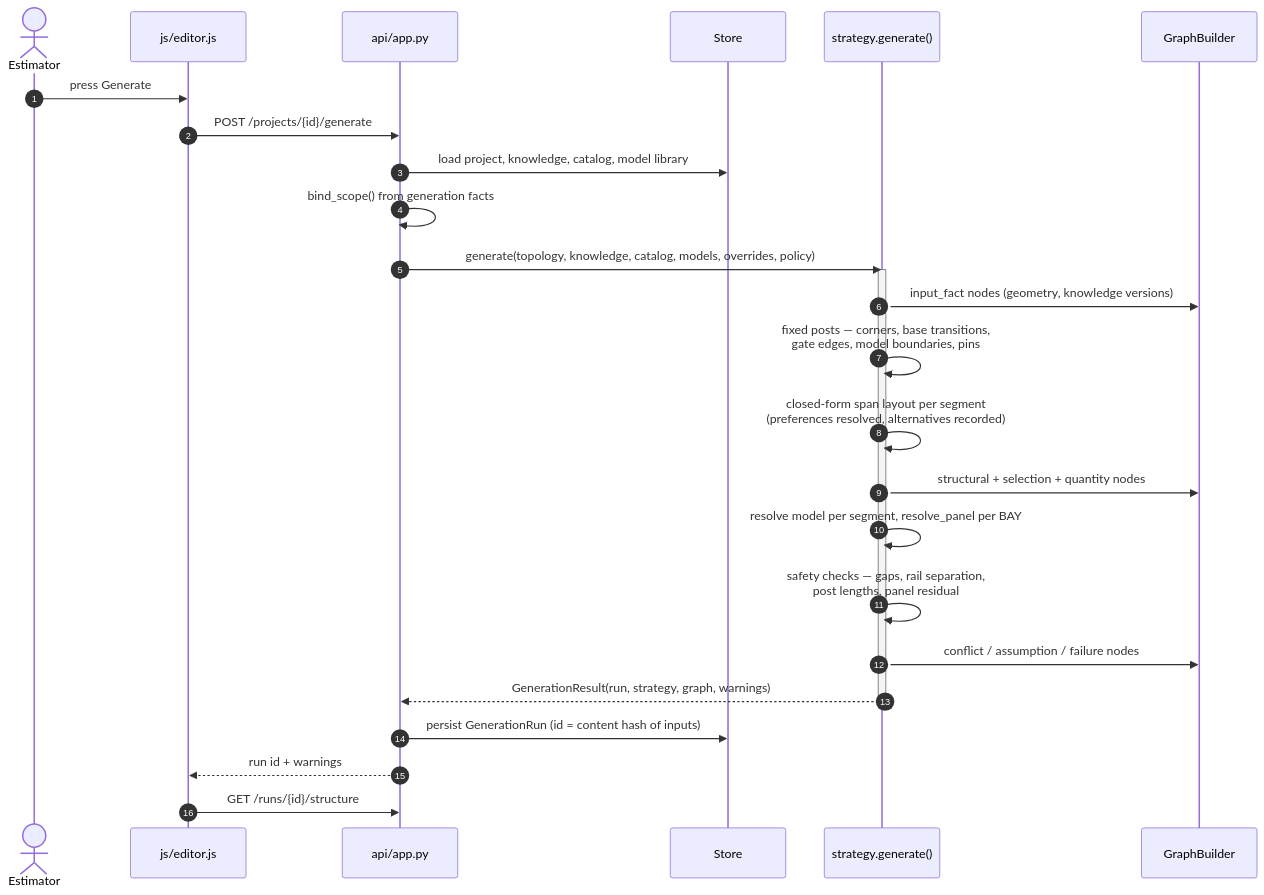
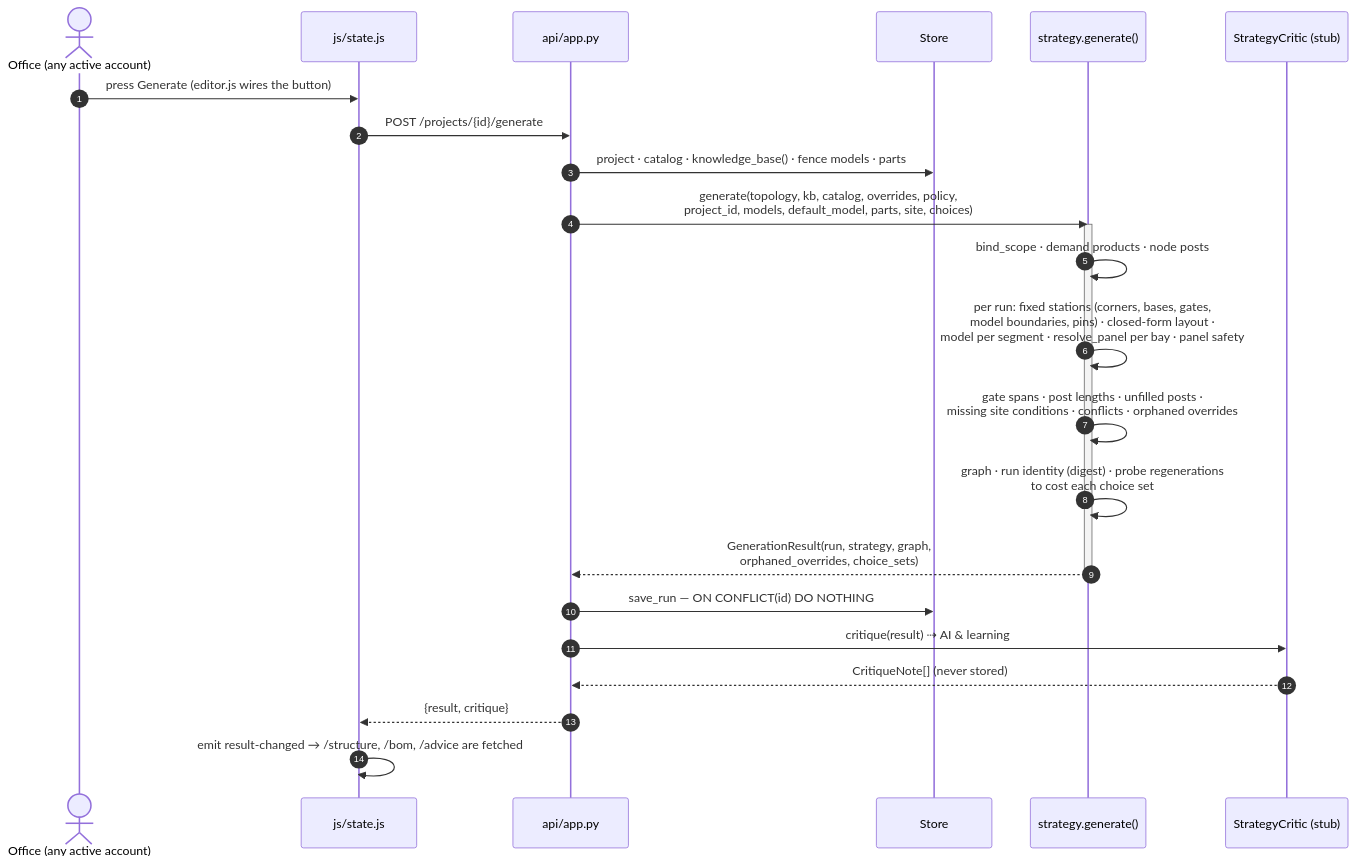
The first of 10 diagrams in docs/architecture/03-flows.md (spicysauce1955-stack/BOM), drawn with Mermaid before and after one commit. The commit also changed other lines of this file and 14 other files, not shown here.

````diff
--- a/docs/architecture/03-flows.md
+++ b/docs/architecture/03-flows.md
@@ -11,31 +24,29 @@
 ```mermaid
 sequenceDiagram
     autonumber
-    actor U as Estimator
-    participant W as js/editor.js
+    actor U as Office (any active account)
+    participant W as js/state.js
     participant A as api/app.py
     participant S as Store
     participant G as strategy.generate()
-    participant B as GraphBuilder
+    participant C as StrategyCritic (stub)
 
-    U->>W: press Generate
+    U->>W: press Generate (editor.js wires the button)
     W->>A: POST /projects/{id}/generate
-    A->>S: load project, knowledge, catalog, model library
-    A->>A: bind_scope() from generation facts
-    A->>G: generate(topology, knowledge, catalog, models, overrides, policy)
+    A->>S: project · catalog · knowledge_base() · fence models · parts
+    A->>G: generate(topology, kb, catalog, overrides, policy,<br/>project_id, models, default_model, parts, site, choices)
 
     activate G
-    G->>B: input_fact nodes (geometry, knowledge versions)
-    G->>G: fixed posts — corners, base transitions,<br/>gate edges, model boundaries, pins
-    G->>G: closed-form span layout per segment<br/>(preferences resolved, alternatives recorded)
-    G->>B: structural + selection + quantity nodes
-    G->>G: resolve model per segment, resolve_panel per BAY
-    G->>G: safety checks — gaps, rail separation,<br/>post lengths, panel residual
-    G->>B: conflict / assumption / failure nodes
-    G-->>A: GenerationResult(run, strategy, graph, warnings)
+    G->>G: bind_scope · demand products · node posts
+    G->>G: per run: fixed stations (corners, bases, gates,<br/>model boundaries, pins) · closed-form layout ·<br/>model per segment · resolve_panel per bay · panel safety
+    G->>G: gate spans · post lengths · unfilled posts ·<br/>missing site conditions · conflicts · orphaned overrides
+    G->>G: graph · run identity (digest) · probe regenerations<br/>to cost each choice set
+    G-->>A: GenerationResult(run, strategy, graph,<br/>orphaned_overrides, choice_sets)
     deactivate G
 
-    A->>S: persist GenerationRun (id = content hash of inputs)
-    A-->>W: run id + warnings
-    W->>A: GET /runs/{id}/structure
+    A->>S: save_run — ON CONFLICT(id) DO NOTHING
+    A->>C: critique(result)   ⇢ AI & learning
+    C-->>A: CritiqueNote[] (never stored)
+    A-->>W: {result, critique}
+    W->>W: emit result-changed → /structure, /bom, /advice are fetched
 ```
````
